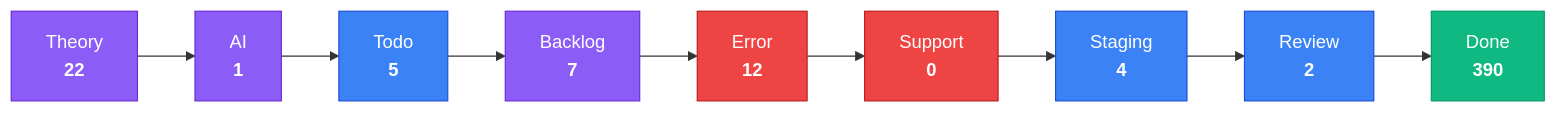
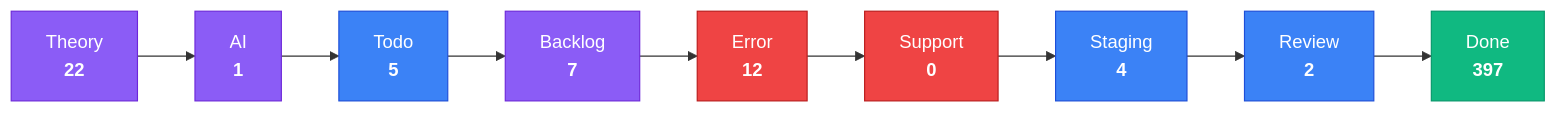
The third of 4 diagrams in apps/kbve/astro-kbve/src/content/docs/dashboard/kanban.mdx (KBVE/kbve), drawn with Mermaid before and after one commit. The commit also changed other lines of this file and 7 other files, not shown here.

````diff
--- a/apps/kbve/astro-kbve/src/content/docs/dashboard/kanban.mdx
+++ b/apps/kbve/astro-kbve/src/content/docs/dashboard/kanban.mdx
@@ -80,28 +80,28 @@
 ```mermaid
 flowchart LR
     classDef planning fill:#8b5cf6,stroke:#6d28d9,color:#fff
     classDef active fill:#3b82f6,stroke:#1d4ed8,color:#fff
     classDef blocked fill:#ef4444,stroke:#b91c1c,color:#fff
     classDef done fill:#10b981,stroke:#059669,color:#fff
     Theory["Theory<br/><strong>22</strong>"]
     Theory --> AI
     AI["AI<br/><strong>1</strong>"]
     AI --> Todo
     Todo["Todo<br/><strong>5</strong>"]
     Todo --> Backlog
     Backlog["Backlog<br/><strong>7</strong>"]
     Backlog --> Error
     Error["Error<br/><strong>12</strong>"]
     Error --> Support
     Support["Support<br/><strong>0</strong>"]
     Support --> Staging
     Staging["Staging<br/><strong>4</strong>"]
     Staging --> Review
     Review["Review<br/><strong>2</strong>"]
     Review --> Done
-    Done["Done<br/><strong>390</strong>"]
+    Done["Done<br/><strong>397</strong>"]
     class Theory,AI,Backlog planning
     class Todo,Staging,Review active
     class Error,Support blocked
     class Done done
 ```
````
